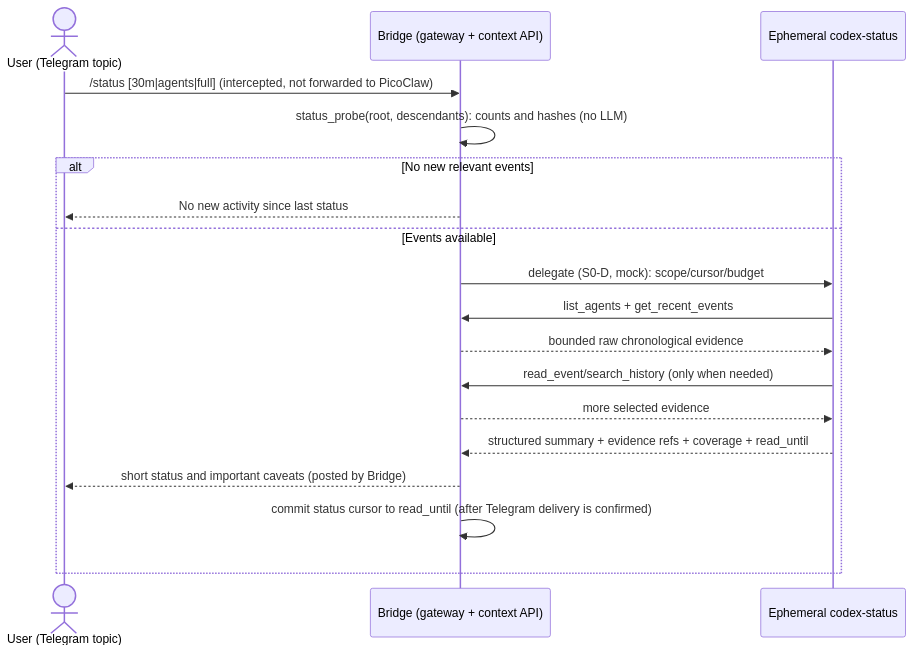
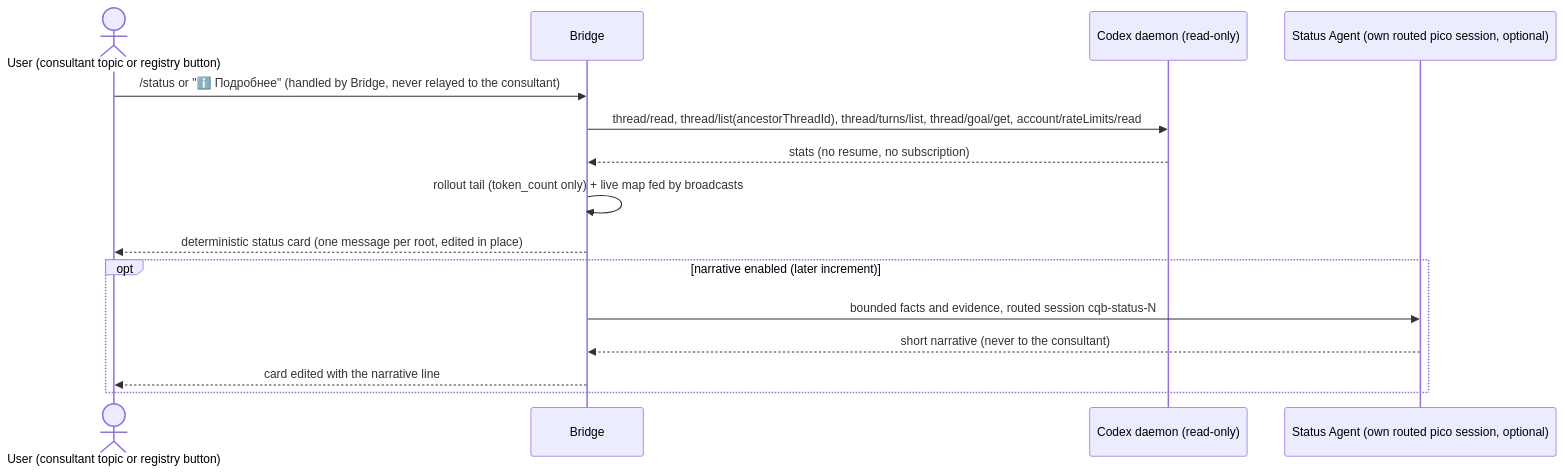
The second of 2 diagrams in doc/Codex_Questions_Bridge_Design.md (todaysday/codex-questions-bridge), drawn with Mermaid before and after one commit. The commit also changed other lines of this file and 28 other files, not shown here.

First line of the commit message:
Add status card: deterministic stats separate from the consultant

````diff
--- a/doc/Codex_Questions_Bridge_Design.md
+++ b/doc/Codex_Questions_Bridge_Design.md
@@ -344,20 +347,17 @@
 ```mermaid
 sequenceDiagram
-    actor U as User (Telegram topic)
-    participant B as Bridge (gateway + context API)
-    participant S as Ephemeral codex-status
-    U->>B: /status [30m|agents|full] (intercepted, not forwarded to PicoClaw)
-    B->>B: status_probe(root, descendants): counts and hashes (no LLM)
-    alt No new relevant events
-        B-->>U: No new activity since last status
-    else Events available
-        B->>S: delegate (S0-D, mock): scope/cursor/budget
-        S->>B: list_agents + get_recent_events
-        B-->>S: bounded raw chronological evidence
-        S->>B: read_event/search_history (only when needed)
-        B-->>S: more selected evidence
-        S-->>B: structured summary + evidence refs + coverage + read_until
-        B-->>U: short status and important caveats (posted by Bridge)
-        B->>B: commit status cursor to read_until (after Telegram delivery is confirmed)
+    actor U as User (consultant topic or registry button)
+    participant B as Bridge
+    participant D as Codex daemon (read-only)
+    participant S as Status Agent (own routed pico session, optional)
+    U->>B: /status or "ℹ️ Подробнее" (handled by Bridge, never relayed to the consultant)
+    B->>D: thread/read, thread/list(ancestorThreadId), thread/turns/list, thread/goal/get, account/rateLimits/read
+    D-->>B: stats (no resume, no subscription)
+    B->>B: rollout tail (token_count only) + live map fed by broadcasts
+    B-->>U: deterministic status card (one message per root, edited in place)
+    opt narrative enabled (later increment)
+        B->>S: bounded facts and evidence, routed session cqb-status-N
+        S-->>B: short narrative (never to the consultant)
+        B-->>U: card edited with the narrative line
     end
 ```
````
